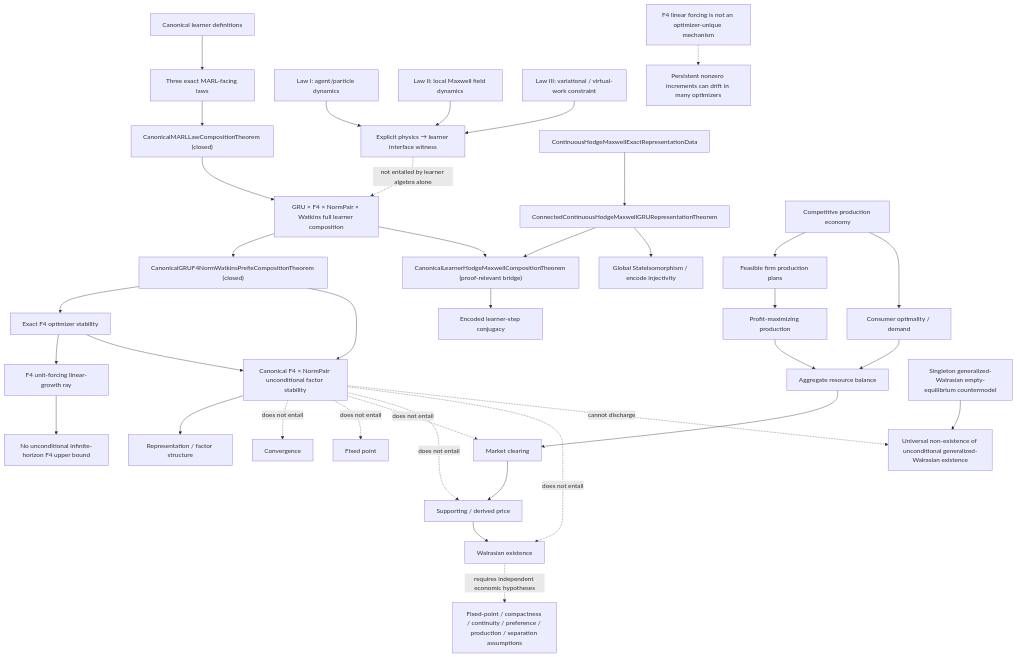
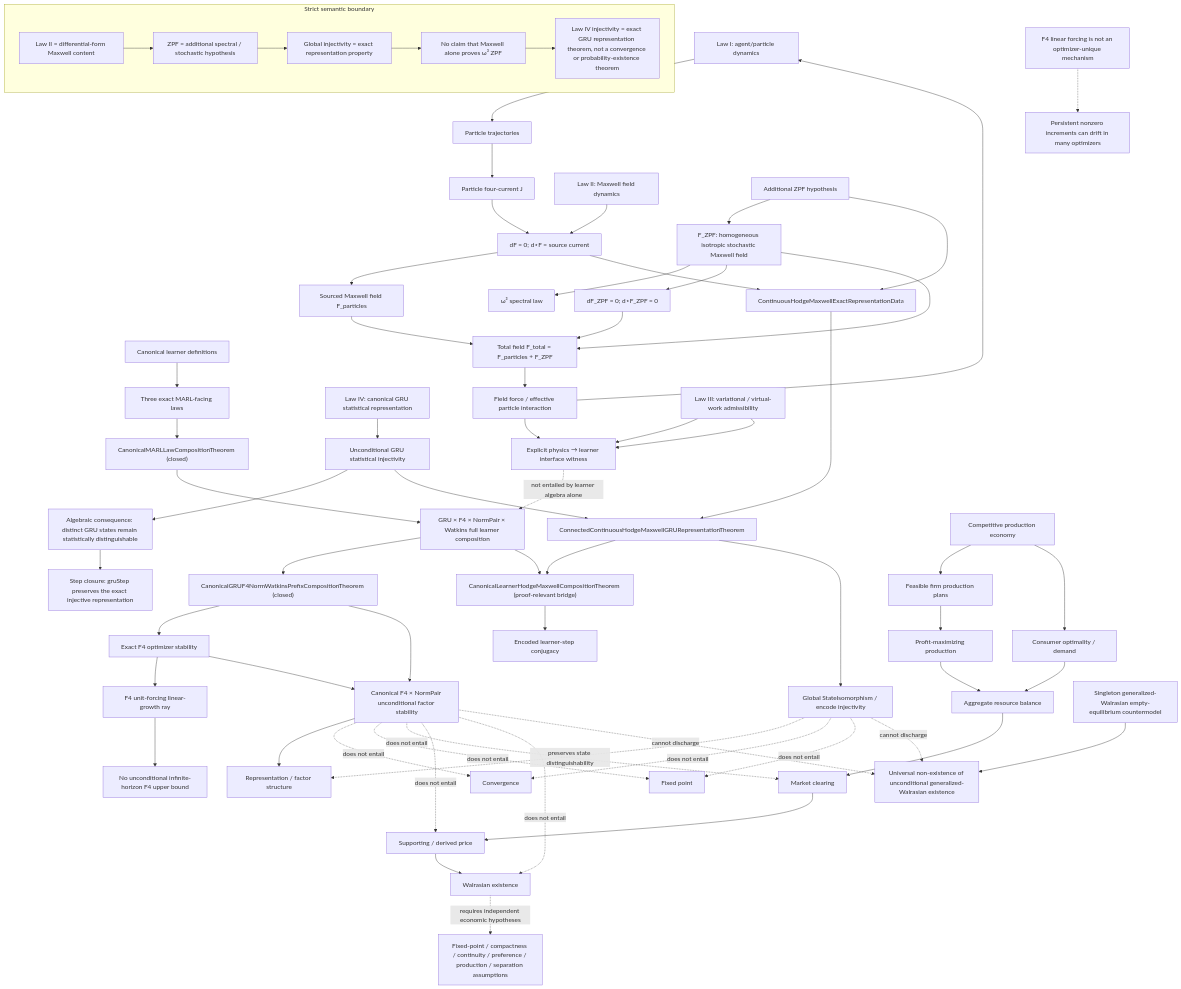
One commit to JohnChristianD/Actions changed the diagram in docs/research/current-semantic-emergence-2026-09-25.mmd. Above: the diagram before and after it, drawn with Mermaid.

Commit message:
Graph Law IV GRU injectivity and algebraic consequence

```diff
--- a/docs/research/current-semantic-emergence-2026-09-25.mmd
+++ b/docs/research/current-semantic-emergence-2026-09-25.mmd
@@ -1,50 +1,86 @@
 flowchart TD
   A["Canonical learner definitions"] --> B["Three exact MARL-facing laws"]
   B --> C["CanonicalMARLLawCompositionTheorem (closed)"]
   C --> D["GRU × F4 × NormPair × Watkins full learner composition"]
   D --> E["CanonicalGRUF4NormWatkinsPrefixCompositionTheorem (closed)"]
 
-  P1["Law I: agent/particle dynamics"]
-  P2["Law II: local Maxwell field dynamics"]
-  P3["Law III: variational / virtual-work constraint"]
-  P1 --> PI["Explicit physics → learner interface witness"]
-  P2 --> PI
+  B4["Law IV: canonical GRU statistical representation"] --> GI["Unconditional GRU statistical injectivity"]
+  GI --> GD["Algebraic consequence: distinct GRU states remain statistically distinguishable"]
+  GD --> GS["Step closure: gruStep preserves the exact injective representation"]
+
+  P1["Law I: agent/particle dynamics"] --> J["Particle trajectories"]
+  J --> CUR["Particle four-current J"]
+  P2["Law II: Maxwell field dynamics"] --> HM["Hodge-Maxwell field equations"]
+  CUR --> HM
+  HM["dF = 0; d⋆F = source current"]
+  HM --> FP["Sourced Maxwell field F_particles"]
+
+  Z["Additional ZPF hypothesis"]
+  Z0["F_ZPF: homogeneous isotropic stochastic Maxwell field"]
+  Z1["ω³ spectral law"]
+  Z --> Z0 --> Z1
+  Z0 --> HF["dF_ZPF = 0; d⋆F_ZPF = 0"]
+  FP --> FT["Total field F_total = F_particles + F_ZPF"]
+  Z0 --> FT
+  HF --> FT
+  FT --> FORCE["Field force / effective particle interaction"]
+  FORCE --> P1
+
+  P3["Law III: variational / virtual-work admissibility"] --> PI["Explicit physics → learner interface witness"]
+  FORCE --> PI
   P3 --> PI
   PI -. "not entailed by learner algebra alone" .-> D
 
-  H0["ContinuousHodgeMaxwellExactRepresentationData"]
-  H1["ConnectedContinuousHodgeMaxwellGRURepresentationTheorem"]
-  H0 --> H1
+  HM --> H0["ContinuousHodgeMaxwellExactRepresentationData"]
+  Z --> H0
+  H0 --> H1["ConnectedContinuousHodgeMaxwellGRURepresentationTheorem"]
+  GI --> H1
   H1 --> HB["CanonicalLearnerHodgeMaxwellCompositionTheorem (proof-relevant bridge)"]
   D --> HB
 
   HB --> HC["Encoded learner-step conjugacy"]
   H1 --> HI["Global StateIsomorphism / encode injectivity"]
 
   E --> F["Exact F4 optimizer stability"]
   F --> G["F4 unit-forcing linear-growth ray"]
   G --> GNB["No unconditional infinite-horizon F4 upper bound"]
   F --> H["Canonical F4 × NormPair unconditional factor stability"]
   E --> H
 
   H --> I["Representation / factor structure"]
-  H -. "does not entail" .-> J["Convergence"]
-  H -. "does not entail" .-> K["Fixed point"]
+  HI -. "preserves state distinguishability" .-> I
+  HI -. "does not entail" .-> J2["Convergence"]
+  HI -. "does not entail" .-> K["Fixed point"]
+  H -. "does not entail" .-> J2
+  H -. "does not entail" .-> K
   H -. "does not entail" .-> L["Market clearing"]
   H -. "does not entail" .-> M["Supporting / derived price"]
   H -. "does not entail" .-> N["Walrasian existence"]
 
   O["Competitive production economy"] --> Q["Feasible firm production plans"]
   Q --> R["Profit-maximizing production"]
   O --> S["Consumer optimality / demand"]
   R --> T["Aggregate resource balance"]
   S --> T
   T --> L
   L --> M
   M --> N
   N -. "requires independent economic hypotheses" .-> U["Fixed-point / compactness / continuity / preference / production / separation assumptions"]
 
   V["Singleton generalized-Walrasian empty-equilibrium countermodel"] --> W["Universal non-existence of unconditional generalized-Walrasian existence"]
   H -. "cannot discharge" .-> W
+  HI -. "cannot discharge" .-> W
 
   X["F4 linear forcing is not an optimizer-unique mechanism"] -.-> Y["Persistent nonzero increments can drift in many optimizers"]
+
+  subgraph SEMANTIC_BOUNDARY["Strict semantic boundary"]
+    B1["Law II = differential-form Maxwell content"]
+    B2["ZPF = additional spectral / stochastic hypothesis"]
+    B3["Global injectivity = exact representation property"]
+    B4b["No claim that Maxwell alone proves ω³ ZPF"]
+    B5["Law IV injectivity = exact GRU representation theorem, not a convergence or probability-existence theorem"]
+    B1 --> B2
+    B2 --> B3
+    B3 --> B4b
+    B4b --> B5
+  end
```
